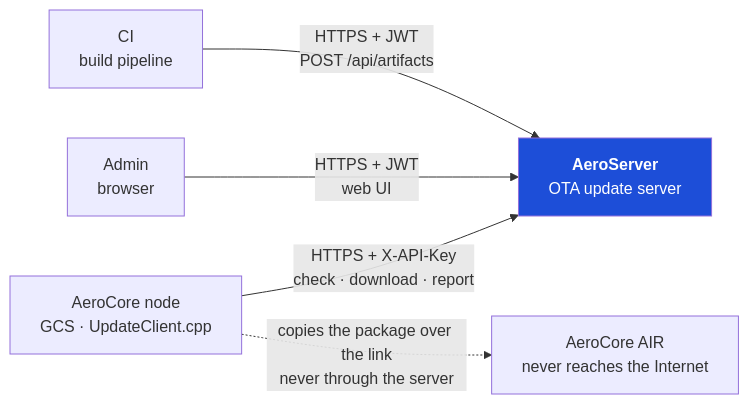
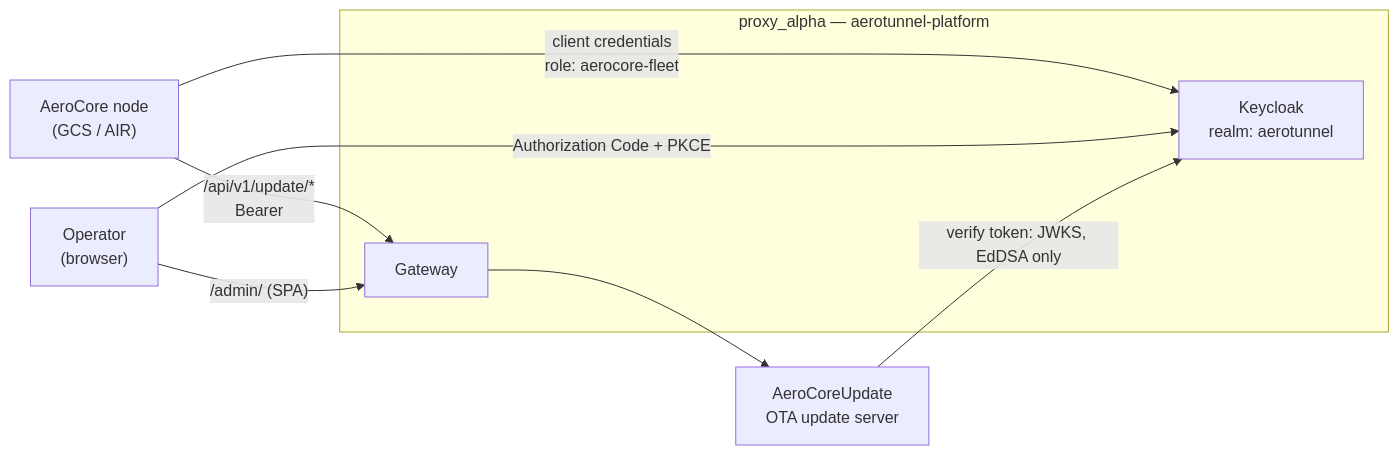
Before and after one commit to Si-Ops-Real-Time-Robotics-Inc/AeroCoreUpdate: the first of 8 diagrams in docs/c4.md, drawn with Mermaid. The commit also changed other lines of this file and 168 other files, not shown here.

First line of the commit message:
feat: Keycloak-only auth, the new web UI, and a version line per system

````diff
--- a/docs/c4.md
+++ b/docs/c4.md
@@ -16,16 +11,19 @@
 ```mermaid
 flowchart LR
-    node["AeroCore node<br/>GCS · UpdateClient.cpp"]
-    air["AeroCore AIR<br/>never reaches the Internet"]
-    admin["Admin<br/>browser"]
-    ci["CI<br/>build pipeline"]
+  node["AeroCore node<br/>(GCS / AIR)"]
+  op["Operator<br/>(browser)"]
 
-    server["<b>AeroServer</b><br/>OTA update server"]
+  subgraph alpha["proxy_alpha — aerotunnel-platform"]
+    gw["Gateway"]
+    kc["Keycloak<br/>realm: aerotunnel"]
+  end
 
-    node -->|"HTTPS + X-API-Key<br/>check · download · report"| server
-    admin -->|"HTTPS + JWT<br/>web UI"| server
-    ci -->|"HTTPS + JWT<br/>POST /api/artifacts"| server
-    node -.->|"copies the package over the link<br/>never through the server"| air
+  acu["AeroCoreUpdate<br/>OTA update server"]
 
-    style server fill:#1d4ed8,color:#fff
+  node -->|"client credentials<br/>role: aerocore-fleet"| kc
+  node -->|"/api/v1/update/*<br/>Bearer"| gw
+  op -->|"/admin/ (SPA)"| gw
+  op -->|"Authorization Code + PKCE"| kc
+  gw --> acu
+  acu -->|"verify token: JWKS, EdDSA only"| kc
 ```
````
